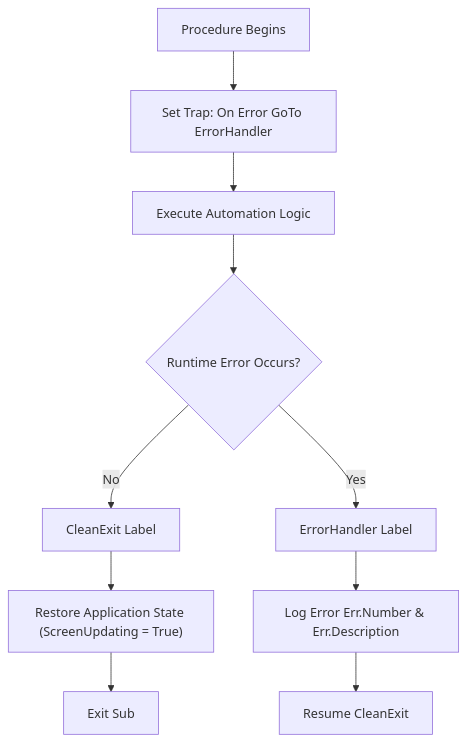
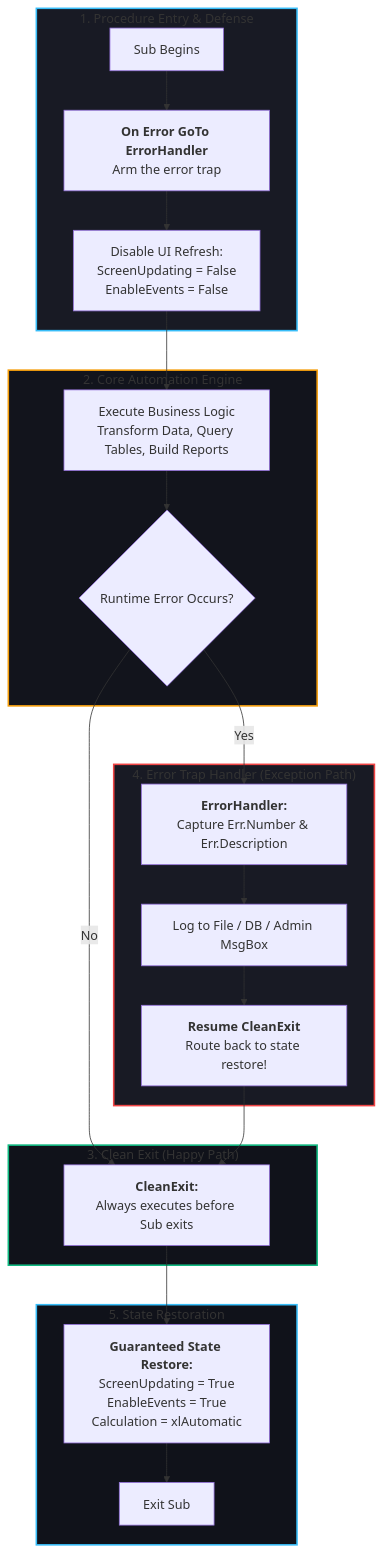
One commit to Sohila-Khaled-Abbas/Excel-VBA-Second-Brain changed the diagram in 06 - Debugging & Reliability/Error Handling/Error Handling.md. Above: the diagram before and after it, drawn with Mermaid. The commit also changed other lines of this file and 68 other files, not shown here.

Commit message:
feat: install Obsidian community plugins, enhance visual system, and expand architectural notes with diagrams

````diff
--- a/06 - Debugging & Reliability/Error Handling/Error Handling.md
+++ b/06 - Debugging & Reliability/Error Handling/Error Handling.md
@@ -29,12 +35,34 @@
 ```mermaid
 flowchart TD
-    A[Procedure Begins] --> B["Set Trap: On Error GoTo ErrorHandler"]
-    B --> C[Execute Automation Logic]
-    C --> D{Runtime Error Occurs?}
-    D -- No --> E[CleanExit Label]
-    D -- Yes --> F[ErrorHandler Label]
-    F --> G["Log Error Err.Number & Err.Description"]
-    G --> H[Resume CleanExit]
-    E --> I["Restore Application State (ScreenUpdating = True)"]
-    I --> J[Exit Sub]
+    subgraph Setup["1. Procedure Entry & Defense"]
+        A["Sub Begins"] --> B["<b>On Error GoTo ErrorHandler</b><br/>Arm the error trap"]
+        B --> C["Disable UI Refresh:<br/>ScreenUpdating = False<br/>EnableEvents = False"]
+    end
+
+    subgraph BusinessLogic["2. Core Automation Engine"]
+        C --> D["Execute Business Logic<br/>Transform Data, Query Tables, Build Reports"]
+        D --> E{"Runtime Error Occurs?"}
+    end
+
+    subgraph HappyPath["3. Clean Exit (Happy Path)"]
+        E -- No --> CE["<b>CleanExit:</b><br/>Always executes before Sub exits"]
+    end
+
+    subgraph TrapPath["4. Error Trap Handler (Exception Path)"]
+        E -- Yes --> EH["<b>ErrorHandler:</b><br/>Capture Err.Number & Err.Description"]
+        EH --> LOG["Log to File / DB / Admin MsgBox"]
+        LOG --> RES["<b>Resume CleanExit</b><br/>Route back to state restore!"]
+        RES --> CE
+    end
+
+    subgraph Restore["5. State Restoration"]
+        CE --> RESTORE["<b>Guaranteed State Restore:</b><br/>ScreenUpdating = True<br/>EnableEvents = True<br/>Calculation = xlAutomatic"]
+        RESTORE --> DONE["Exit Sub"]
+    end
+
+    style Setup fill:#181a24,stroke:#38bdf8,stroke-width:2px
+    style BusinessLogic fill:#12141c,stroke:#f59e0b,stroke-width:2px
+    style HappyPath fill:#10121a,stroke:#10b981,stroke-width:2px
+    style TrapPath fill:#181a24,stroke:#ef4444,stroke-width:2px
+    style Restore fill:#10121a,stroke:#38bdf8,stroke-width:2px
 ```
````
